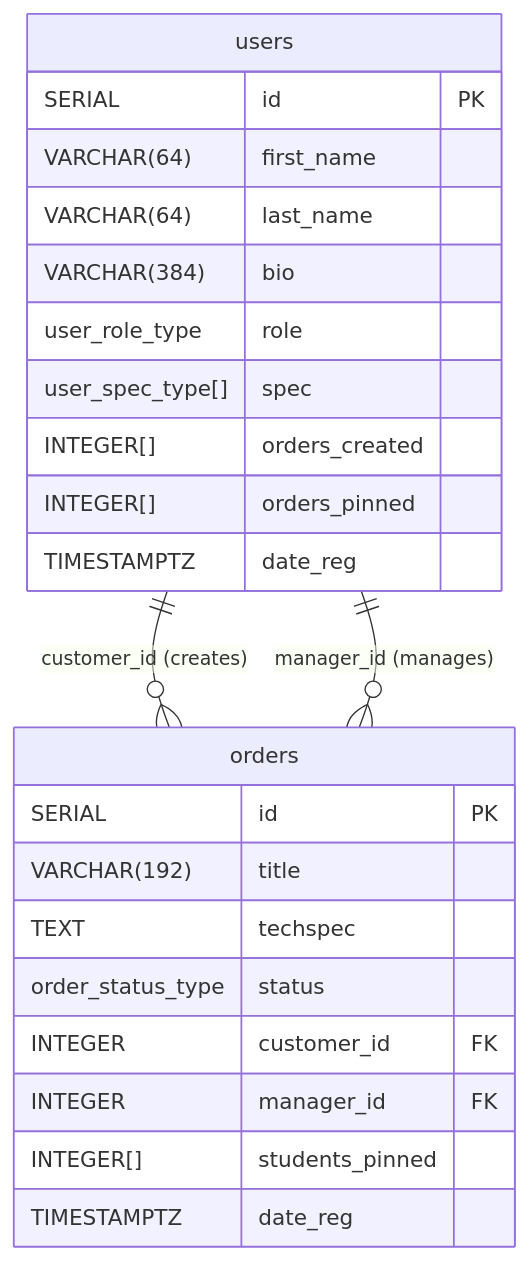
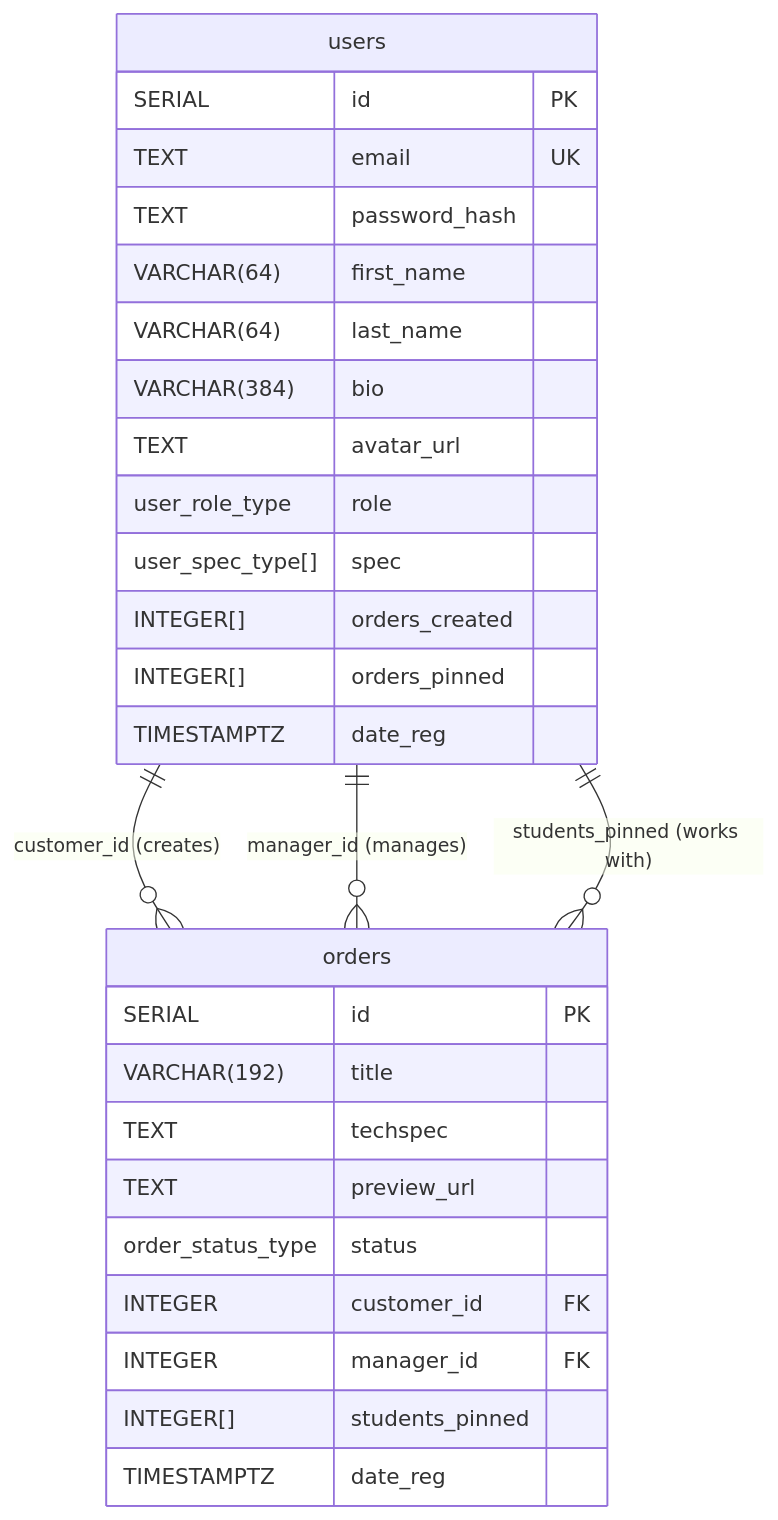
One commit to ibryaev/it-incubator changed the diagram in database_schema.md. Above: the diagram before and after it, drawn with Mermaid.

````diff
--- a/database_schema.md
+++ b/database_schema.md
@@ -1,28 +1,33 @@
 ```mermaid
 erDiagram
     users {
         SERIAL id PK
+        TEXT email UK
+        TEXT password_hash
         VARCHAR(64) first_name
         VARCHAR(64) last_name
         VARCHAR(384) bio
+        TEXT avatar_url
         user_role_type role
         user_spec_type[] spec
         INTEGER[] orders_created
         INTEGER[] orders_pinned
         TIMESTAMPTZ date_reg
     }
 
     orders {
         SERIAL id PK
         VARCHAR(192) title
         TEXT techspec
+        TEXT preview_url
         order_status_type status
         INTEGER customer_id FK
         INTEGER manager_id FK
         INTEGER[] students_pinned
         TIMESTAMPTZ date_reg
     }
 
     users ||--o{ orders : "customer_id (creates)"
     users ||--o{ orders : "manager_id (manages)"
+    users ||--o{ orders : "students_pinned (works with)"
 ```
````
